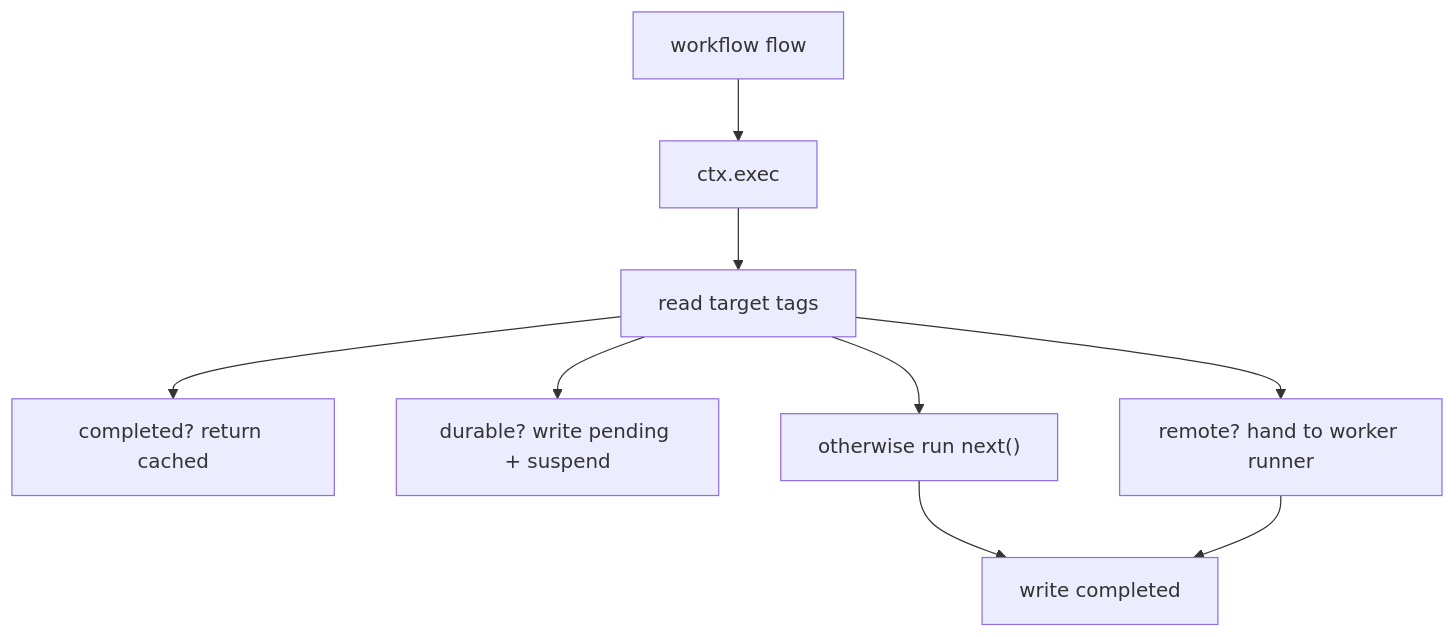
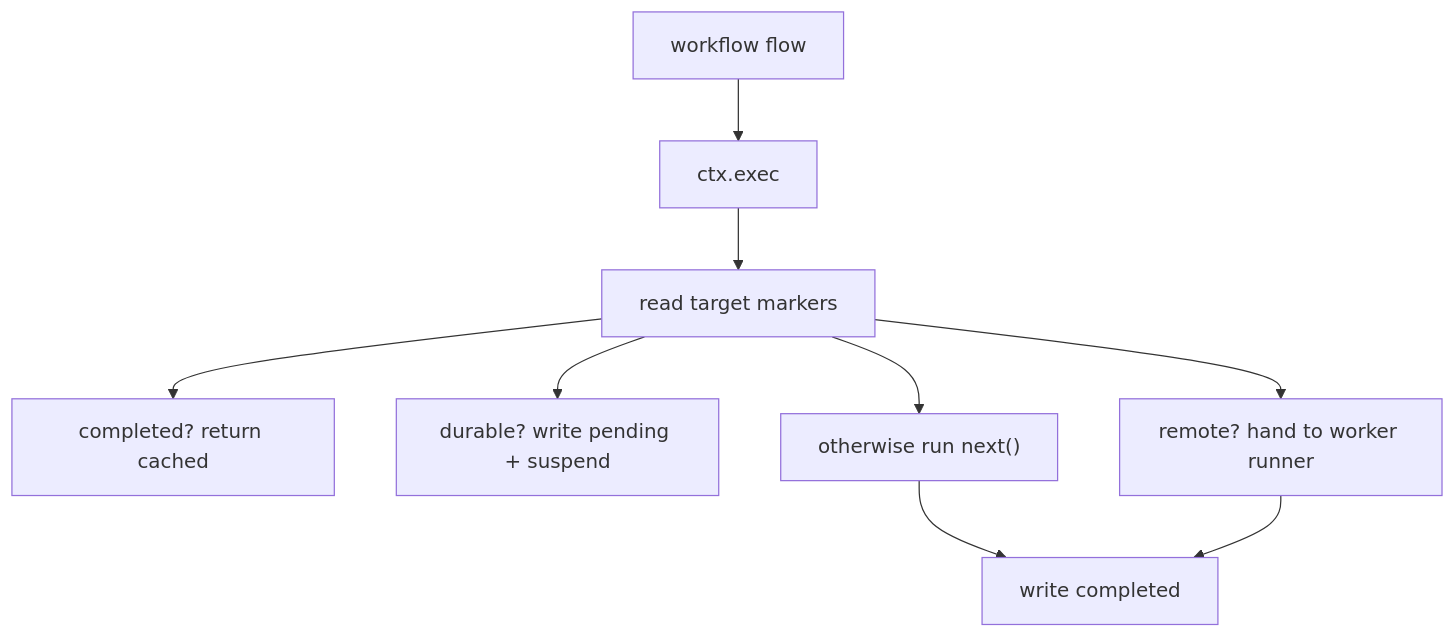
One commit to pumped-fn/pumped-fn changed the diagram in packages/agent-sdk/README.md. Above: the diagram before and after it, drawn with Mermaid. The commit also changed other lines of this file and 3 other files, not shown here.

````diff
--- a/packages/agent-sdk/README.md
+++ b/packages/agent-sdk/README.md
@@ -17,11 +17,11 @@
 ```mermaid
 flowchart TD
   Root["workflow flow"] --> Exec["ctx.exec"]
-  Exec --> Tags["read target tags"]
-  Tags --> Replay["completed? return cached"]
-  Tags --> Durable["durable? write pending + suspend"]
-  Tags --> Remote["remote? hand to worker runner"]
-  Tags --> Local["otherwise run next()"]
+  Exec --> Markers["read target markers"]
+  Markers --> Replay["completed? return cached"]
+  Markers --> Durable["durable? write pending + suspend"]
+  Markers --> Remote["remote? hand to worker runner"]
+  Markers --> Local["otherwise run next()"]
   Local --> Log["write completed"]
   Remote --> Log
 ```
````
